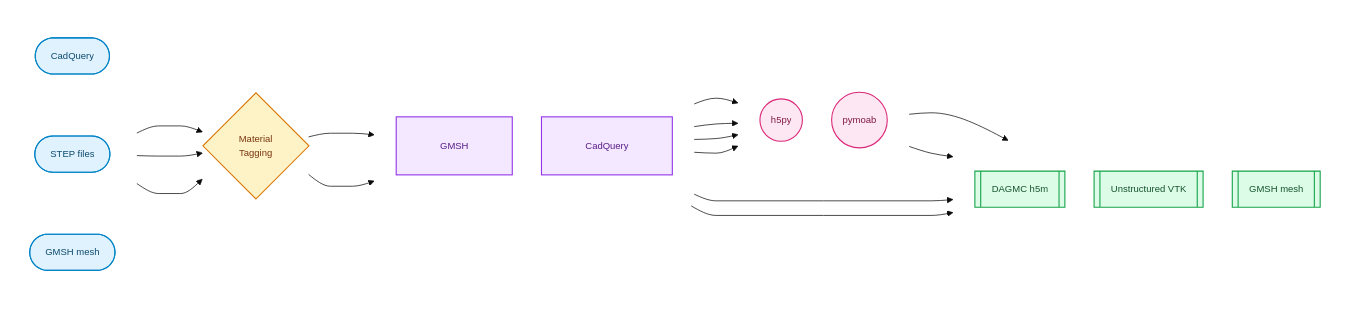
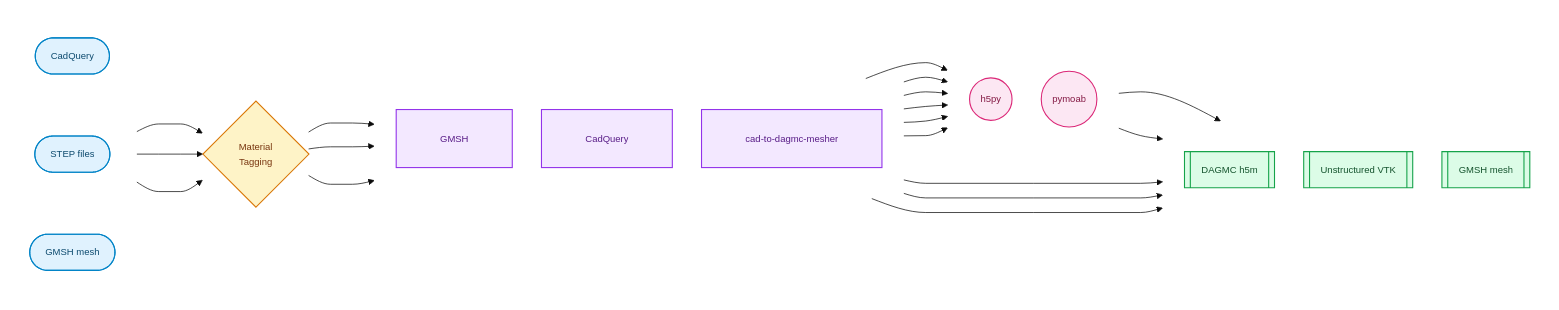
One commit to fusion-energy/cad_to_dagmc changed the diagram in docs/index.md. Above: the diagram before and after it, drawn with Mermaid. The commit also changed other lines of this file and 12 other files, not shown here.

First line of the commit message:
Offer the cad-to-dagmc-mesher backend for tet meshes without explicit backend selection

````diff
--- a/docs/index.md
+++ b/docs/index.md
@@ -9,65 +9,68 @@
 ```{mermaid}
 %%{init: {'theme': 'base', 'themeVariables': { 'fontSize': '13px', 'fontFamily': 'Inter, system-ui, sans-serif'}, 'flowchart': { 'curve': 'monotoneX', 'padding': 30, 'nodeSpacing': 40, 'rankSpacing': 60, 'htmlLabels': true }}}%%
 flowchart LR
     subgraph inputs [" "]
         direction TB
         CQ(["  CadQuery  "])
         STEP(["  STEP files  "])
         GMSH_IN(["  GMSH mesh  "])
         CQ ~~~ STEP ~~~ GMSH_IN
     end
 
     subgraph tagging [" "]
         TAG{"  Material  <br/>  Tagging  "}
     end
 
     subgraph meshing [" "]
         direction TB
         GMSH_E["  GMSH  "]
         CQ_E["  CadQuery  "]
+        MESHER_E["  cad-to-dagmc-mesher  "]
     end
 
     subgraph h5m_backend [" "]
         direction TB
         H5PY(("  h5py  "))
         MOAB(("  pymoab  "))
     end
 
     subgraph outputs [" "]
         direction TB
         H5M[["  DAGMC h5m  "]]
         VTK[["  Unstructured VTK  "]]
         MSH[["  GMSH mesh  "]]
     end
 
     CQ & STEP & GMSH_IN --> TAG
 
-    TAG --> GMSH_E & CQ_E
+    TAG --> GMSH_E & CQ_E & MESHER_E
 
-    GMSH_E & CQ_E --> H5PY & MOAB
+    GMSH_E & CQ_E & MESHER_E --> H5PY & MOAB
     H5PY & MOAB --> H5M
 
     GMSH_E --> VTK & MSH
+    MESHER_E --> VTK
 
     style inputs fill:none,stroke:none
     style tagging fill:none,stroke:none
     style meshing fill:none,stroke:none
     style outputs fill:none,stroke:none
     style h5m_backend fill:none,stroke:none
 
     style CQ fill:#e0f2fe,stroke:#0284c7,stroke-width:1.5px,color:#0c4a6e
     style STEP fill:#e0f2fe,stroke:#0284c7,stroke-width:1.5px,color:#0c4a6e
     style GMSH_IN fill:#e0f2fe,stroke:#0284c7,stroke-width:1.5px,color:#0c4a6e
 
     style TAG fill:#fef3c7,stroke:#d97706,stroke-width:1.5px,color:#78350f
 
     style GMSH_E fill:#f3e8ff,stroke:#9333ea,stroke-width:1.5px,color:#581c87
     style CQ_E fill:#f3e8ff,stroke:#9333ea,stroke-width:1.5px,color:#581c87
+    style MESHER_E fill:#f3e8ff,stroke:#9333ea,stroke-width:1.5px,color:#581c87
 
     style H5PY fill:#fce7f3,stroke:#db2777,stroke-width:1.5px,color:#831843
     style MOAB fill:#fce7f3,stroke:#db2777,stroke-width:1.5px,color:#831843
 
     style H5M fill:#dcfce7,stroke:#16a34a,stroke-width:1.5px,color:#14532d
     style VTK fill:#dcfce7,stroke:#16a34a,stroke-width:1.5px,color:#14532d
     style MSH fill:#dcfce7,stroke:#16a34a,stroke-width:1.5px,color:#14532d
 ```
````
